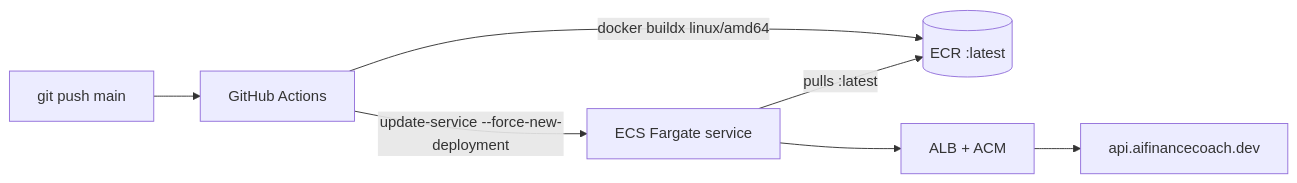
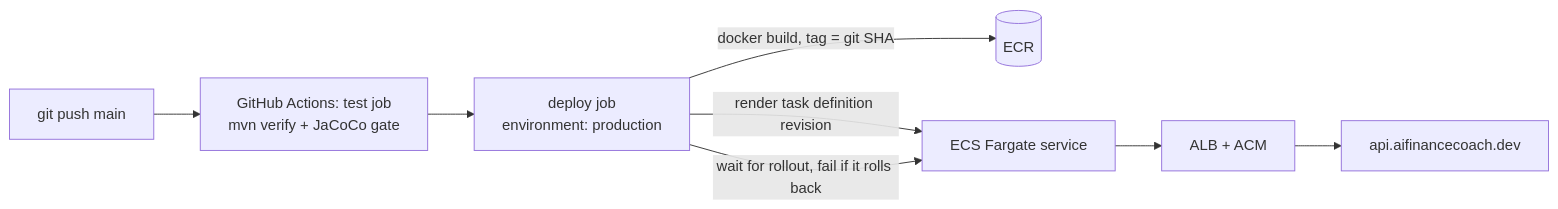
One commit to TechByChibuzo/finance-coach-backend changed the eighth of 8 diagrams in docs/SYSTEM_DESIGN.md. Above: the diagram before and after it, drawn with Mermaid. The commit also changed other lines of this file and 1 other file, not shown here.

````diff
--- a/docs/SYSTEM_DESIGN.md
+++ b/docs/SYSTEM_DESIGN.md
@@ -364,9 +405,10 @@
 ```mermaid
 flowchart LR
-    DEV[git push main] --> GHA[GitHub Actions]
-    GHA -->|docker buildx linux/amd64| ECR[(ECR :latest)]
-    GHA -->|update-service --force-new-deployment| ECS[ECS Fargate service]
-    ECS -->|pulls :latest| ECR
+    DEV[git push main] --> TEST[GitHub Actions: test job<br/>mvn verify + JaCoCo gate]
+    TEST --> DEPLOY[deploy job<br/>environment: production]
+    DEPLOY -->|docker build, tag = git SHA| ECR[(ECR)]
+    DEPLOY -->|render task definition revision| ECS[ECS Fargate service]
+    DEPLOY -->|wait for rollout, fail if it rolls back| ECS
     ECS --> ALB[ALB + ACM]
     ALB --> DNS[api.aifinancecoach.dev]
 ```
````
